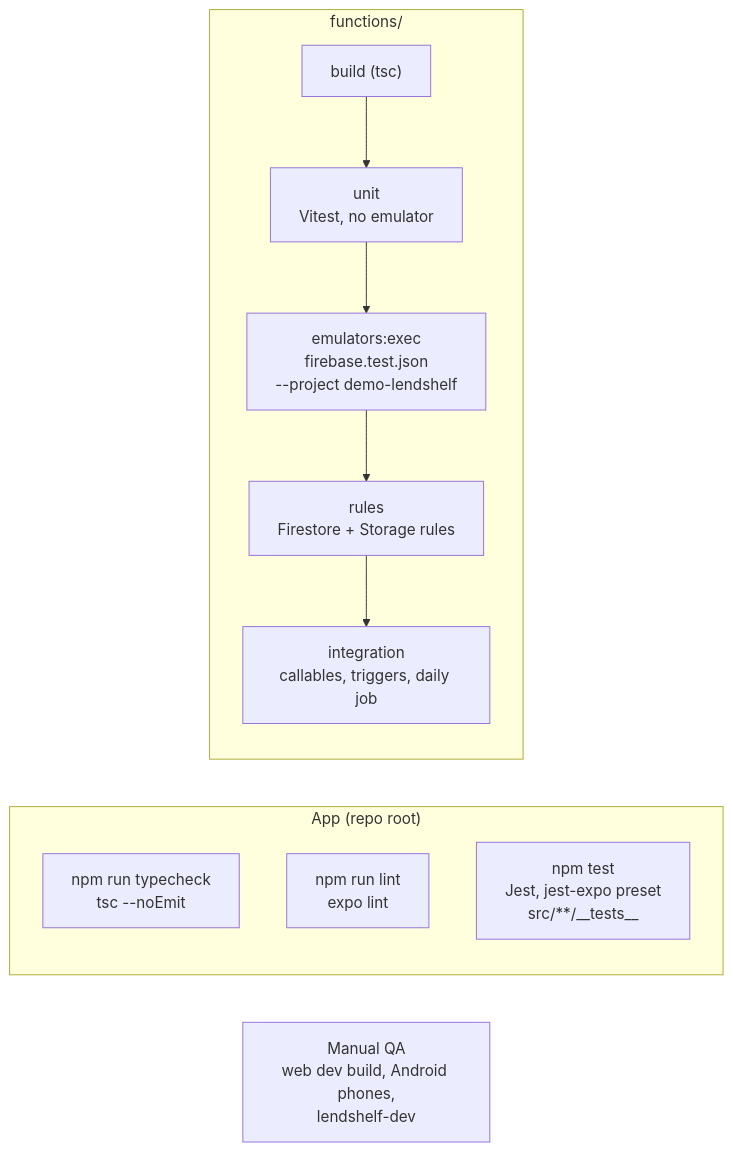
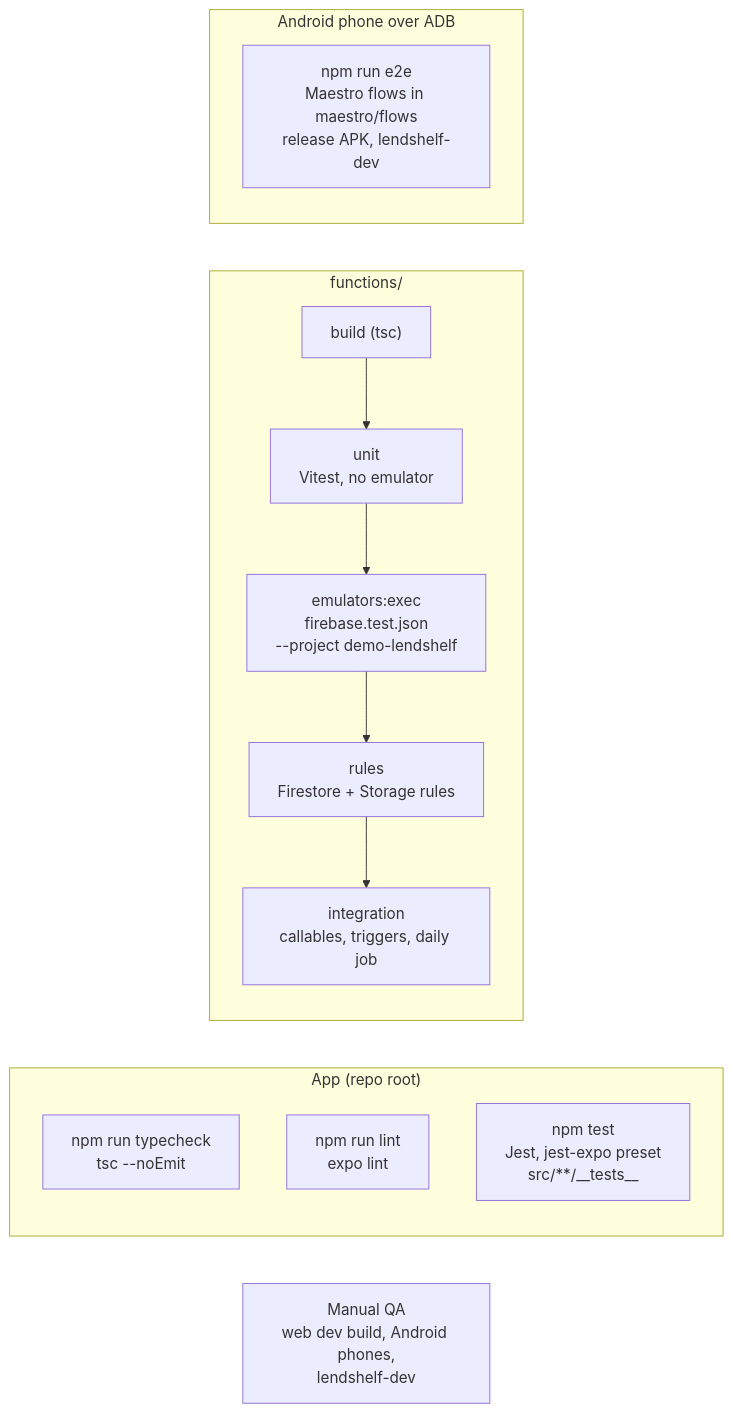
The diagram in docs/overview/TEST-MAP.md (karanshah229/lendshelf), drawn with Mermaid before and after one commit. The commit also changed other lines of this file and 12 other files, not shown here.

First line of the commit message:
test: Maestro end-to-end flows for the Android app

````diff
--- a/docs/overview/TEST-MAP.md
+++ b/docs/overview/TEST-MAP.md
@@ -9,15 +9,18 @@
 ```mermaid
 flowchart LR
     subgraph App["App (repo root)"]
         TC["npm run typecheck<br/>tsc --noEmit"]
         LI["npm run lint<br/>expo lint"]
         JE["npm test<br/>Jest, jest-expo preset<br/>src/**/__tests__"]
     end
     subgraph Backend["functions/"]
         BU["build (tsc)"] --> UN["unit<br/>Vitest, no emulator"]
         UN --> EMU["emulators:exec<br/>firebase.test.json<br/>--project demo-lendshelf"]
         EMU --> RU["rules<br/>Firestore + Storage rules"]
         RU --> IN["integration<br/>callables, triggers, daily job"]
     end
+    subgraph Device["Android phone over ADB"]
+        E2E["npm run e2e<br/>Maestro flows in maestro/flows<br/>release APK, lendshelf-dev"]
+    end
     MAN["Manual QA<br/>web dev build, Android phones,<br/>lendshelf-dev"]
 ```
````
